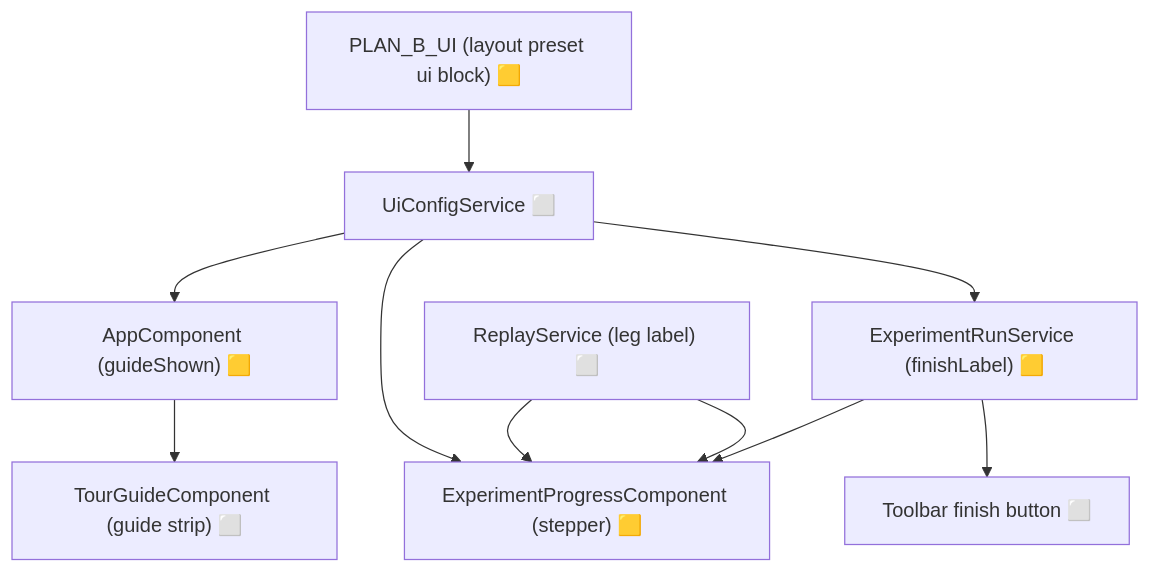
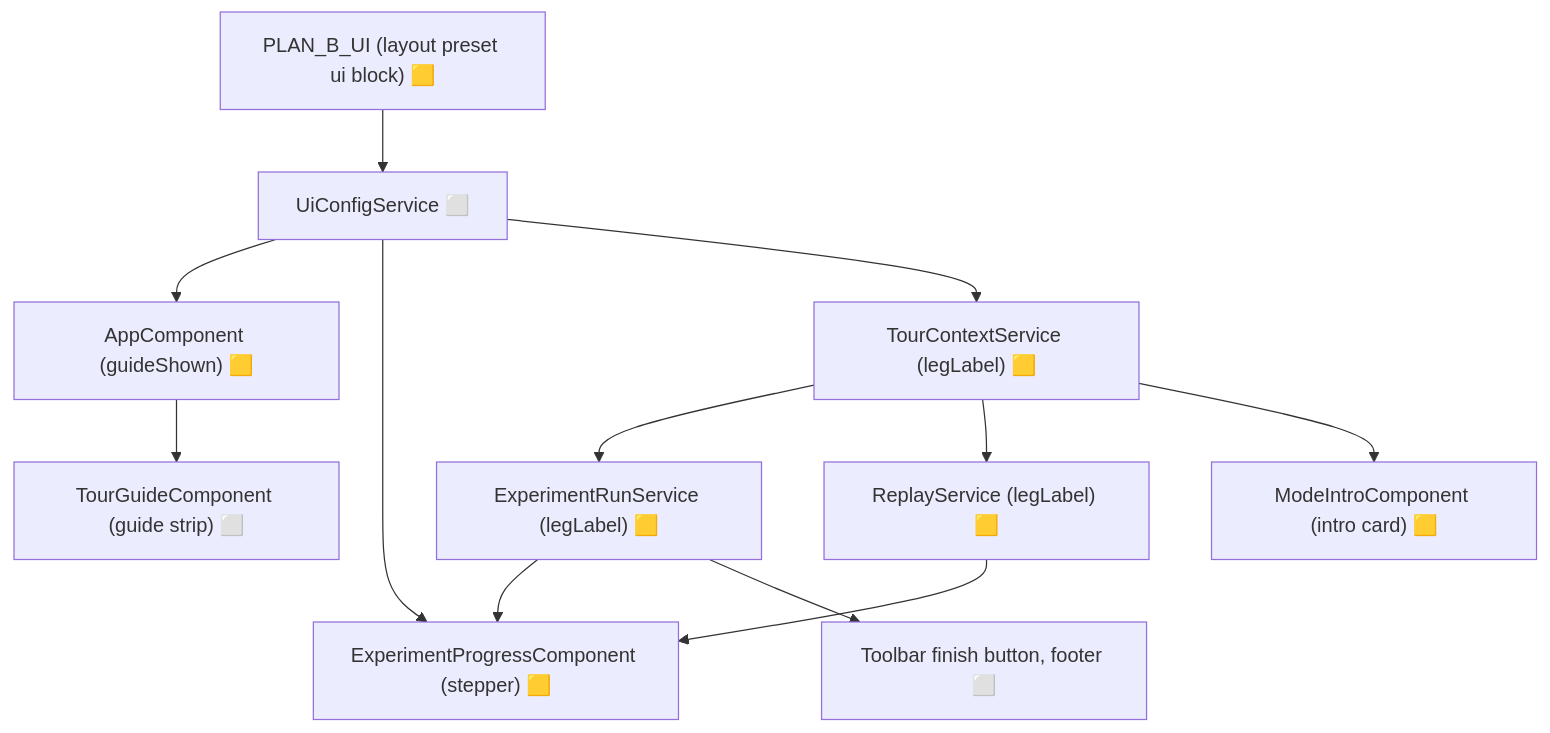
The diagram in docs/plans/hide-scenario-bar.md (flatland-association/flatland-ui-hub), drawn with Mermaid before and after one commit. The commit also changed other lines of this file and 14 other files, not shown here.

First line of the commit message:
docs(plans): screenshots of the footer and the intro card without scenario names for #198.

````diff
--- a/docs/plans/hide-scenario-bar.md
+++ b/docs/plans/hide-scenario-bar.md
@@ -260,12 +263,14 @@
 ```mermaid
 flowchart TD
   PLANB["PLAN_B_UI (layout preset ui block) 🟨"] --> UIC["UiConfigService ⬜"]
   UIC --> APP["AppComponent (guideShown) 🟨"]
   UIC --> XP["ExperimentProgressComponent (stepper) 🟨"]
-  UIC --> RUN["ExperimentRunService (finishLabel) 🟨"]
+  UIC --> TC["TourContextService (legLabel) 🟨"]
+  TC --> RUN["ExperimentRunService (legLabel) 🟨"]
+  TC --> REP["ReplayService (legLabel) 🟨"]
+  TC --> MI["ModeIntroComponent (intro card) 🟨"]
   RUN --> XP
-  REP["ReplayService (leg label) ⬜"] --> XP
   REP --> XP
-  RUN --> TB["Toolbar finish button ⬜"]
+  RUN --> TB["Toolbar finish button, footer ⬜"]
   APP --> TG["TourGuideComponent (guide strip) ⬜"]
 ```
````
